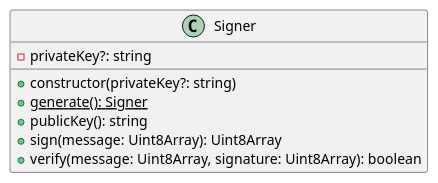
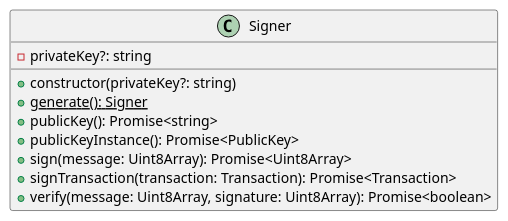
The diagram in docs/modules/ROOT/pages/03-implementation/components/diagrams/signer-class-diagram.puml (hiero-ledger/hiero-did-sdk-js), drawn with PlantUML before and after one commit. The commit also changed 100 other files, not shown here.

```diff
--- a/docs/modules/ROOT/pages/03-implementation/components/diagrams/signer-class-diagram.puml
+++ b/docs/modules/ROOT/pages/03-implementation/components/diagrams/signer-class-diagram.puml
@@ -1,10 +1,12 @@
 @startuml
 class Signer {
   - privateKey?: string
   + constructor(privateKey?: string)
   + {static} generate(): Signer
-  + publicKey(): string
-  + sign(message: Uint8Array): Uint8Array
-  + verify(message: Uint8Array, signature: Uint8Array): boolean
+  + publicKey(): Promise<string>
+  + publicKeyInstance(): Promise<PublicKey>
+  + sign(message: Uint8Array): Promise<Uint8Array>
+  + signTransaction(transaction: Transaction): Promise<Transaction>
+  + verify(message: Uint8Array, signature: Uint8Array): Promise<boolean>
 }
 @enduml
```
